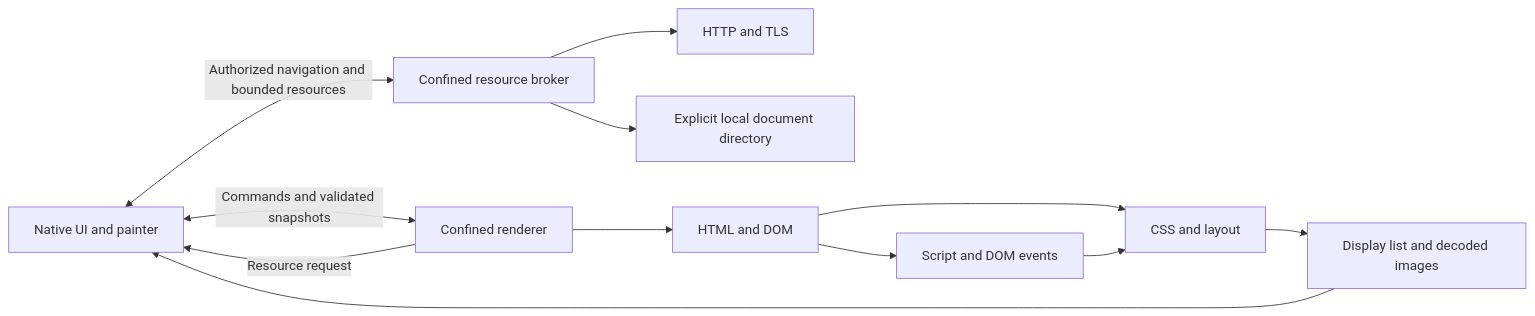
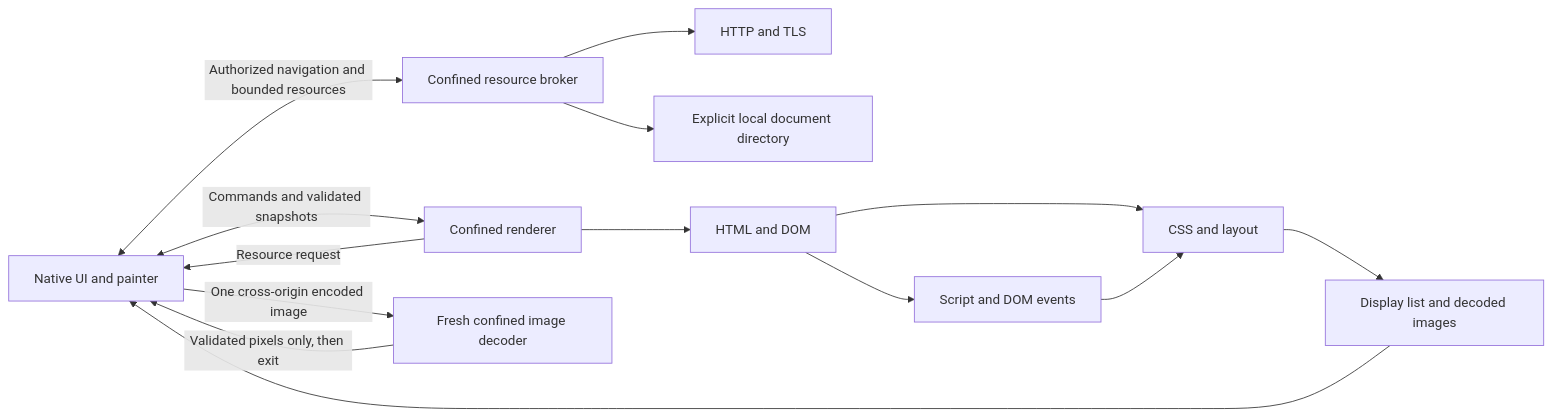
One commit to Eriskii/ErisBrowser changed the diagram in docs/ARCHITECTURE.md. Above: the diagram before and after it, drawn with Mermaid. The commit also changed other lines of this file and 58 other files, not shown here.

````diff
--- a/docs/ARCHITECTURE.md
+++ b/docs/ARCHITECTURE.md
@@ -9,14 +9,16 @@
 ```mermaid
 flowchart LR
     UI[Native UI and painter] <-->|Commands and validated snapshots| R[Confined renderer]
     R -->|Resource request| UI
     UI <-->|Authorized navigation and bounded resources| B[Confined resource broker]
     B --> N[HTTP and TLS]
     B --> F[Explicit local document directory]
+    UI -->|One cross-origin encoded image| I[Fresh confined image decoder]
+    I -->|Validated pixels only, then exit| UI
     R --> D[HTML and DOM]
     D --> J[Script and DOM events]
     D --> C[CSS and layout]
     J --> C
     C --> S[Display list and decoded images]
     S --> UI
 ```
````
